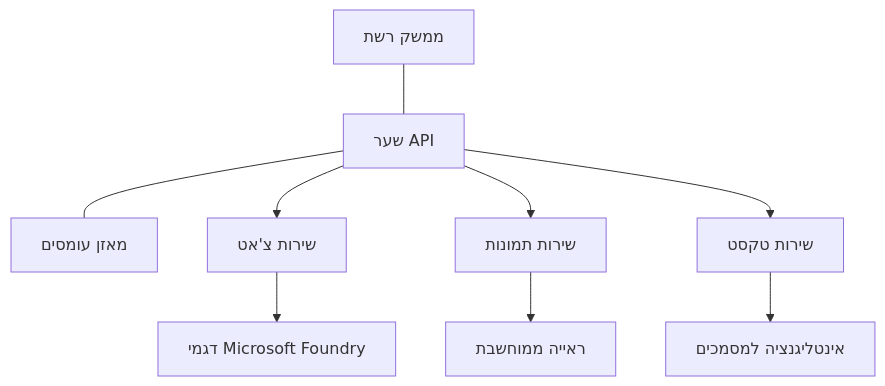
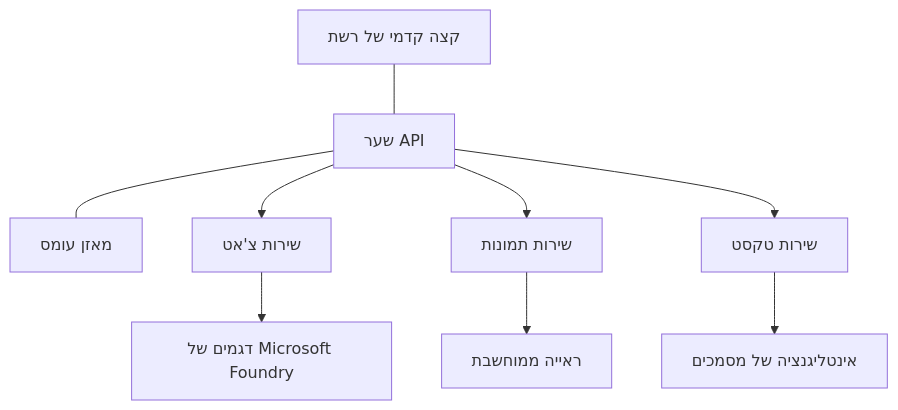
One commit to microsoft/AZD-for-beginners changed the diagram in translations/he/docs/chapter-08-production/production-ai-practices.md. Above: the diagram before and after it, drawn with Mermaid. The commit also changed other lines of this file and 104 other files, not shown here.

````diff
--- a/translations/he/docs/chapter-08-production/production-ai-practices.md
+++ b/translations/he/docs/chapter-08-production/production-ai-practices.md
@@ -30,10 +30,10 @@
 ```mermaid
 graph TD
-    Frontend[ממשק רשת] --- Gateway[שער API] --- LB[מאזן עומסים]
+    Frontend[קצה קדמי של רשת] --- Gateway[שער API] --- LB[מאזן עומס]
     Gateway --> Chat[שירות צ'אט]
     Gateway --> Image[שירות תמונות]
     Gateway --> Text[שירות טקסט]
-    Chat --> OpenAI[דגמי Microsoft Foundry]
+    Chat --> OpenAI[דגמים של Microsoft Foundry]
     Image --> Vision[ראייה ממוחשבת]
-    Text --> DocIntel[אינטליגנציה למסמכים]
+    Text --> DocIntel[אינטליגנציה של מסמכים]
 ```
````
